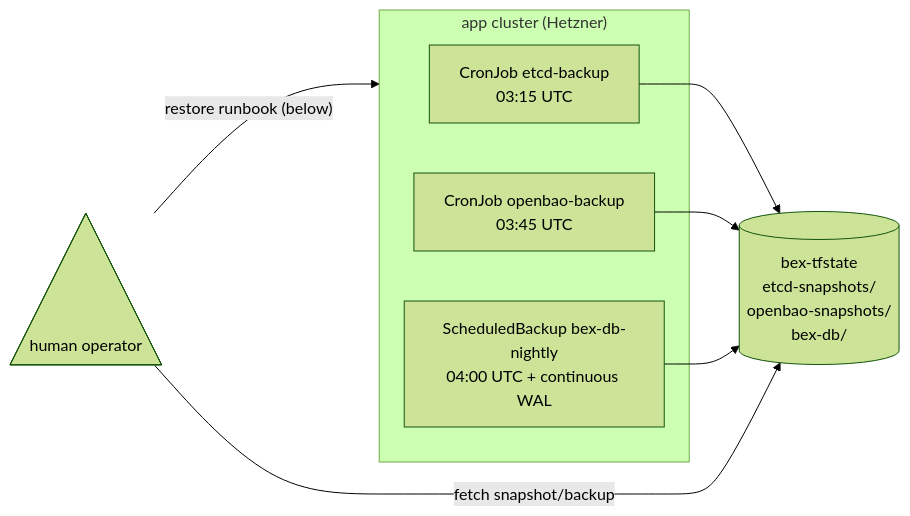
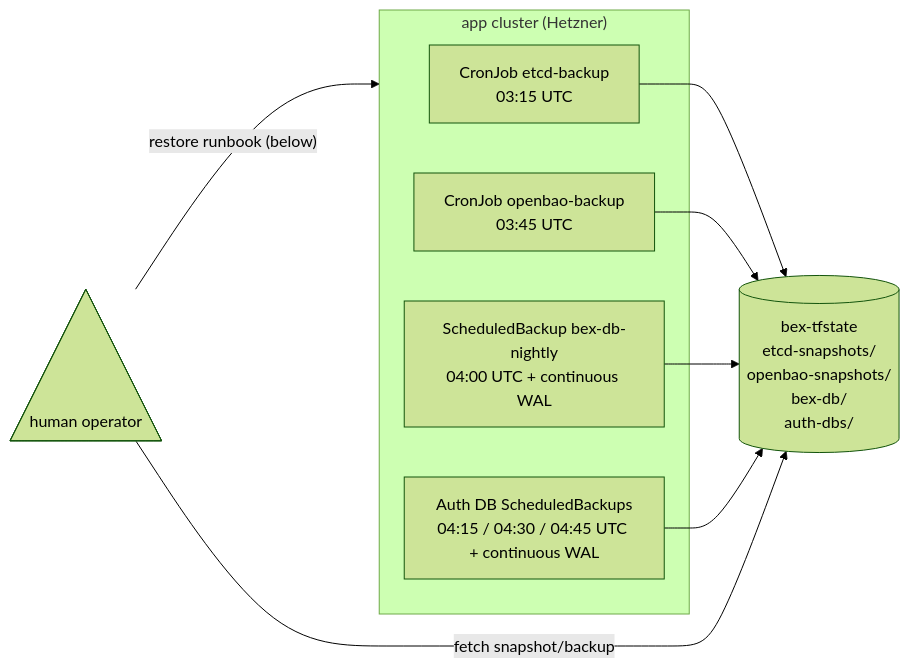
Before and after one commit to cuckoo-network/cuckoo: the diagram in docs/ADR031-platform-data-backup.md, drawn with Mermaid (forest theme). The commit also changed other lines of this file and 12 other files, not shown here.

````diff
--- a/docs/ADR031-platform-data-backup.md
+++ b/docs/ADR031-platform-data-backup.md
@@ -28,15 +34,17 @@
 ```mermaid
 graph LR
   subgraph cluster["app cluster (Hetzner)"]
     etcd-cron["CronJob etcd-backup<br/>03:15 UTC"]
     bao-cron["CronJob openbao-backup<br/>03:45 UTC"]
     cnpg-sched["ScheduledBackup bex-db-nightly<br/>04:00 UTC + continuous WAL"]
+    auth-sched["Auth DB ScheduledBackups<br/>04:15 / 04:30 / 04:45 UTC + continuous WAL"]
   end
-  bucket[("bex-tfstate<br/>etcd-snapshots/<br/>openbao-snapshots/<br/>bex-db/")]
+  bucket[("bex-tfstate<br/>etcd-snapshots/<br/>openbao-snapshots/<br/>bex-db/<br/>auth-dbs/")]
   etcd-cron --> bucket
   bao-cron --> bucket
   cnpg-sched --> bucket
+  auth-sched --> bucket
   op@{ shape: tri, label: "human operator" }
   op -->|"restore runbook (below)"| cluster
   op -->|"fetch snapshot/backup"| bucket
 ```
````
